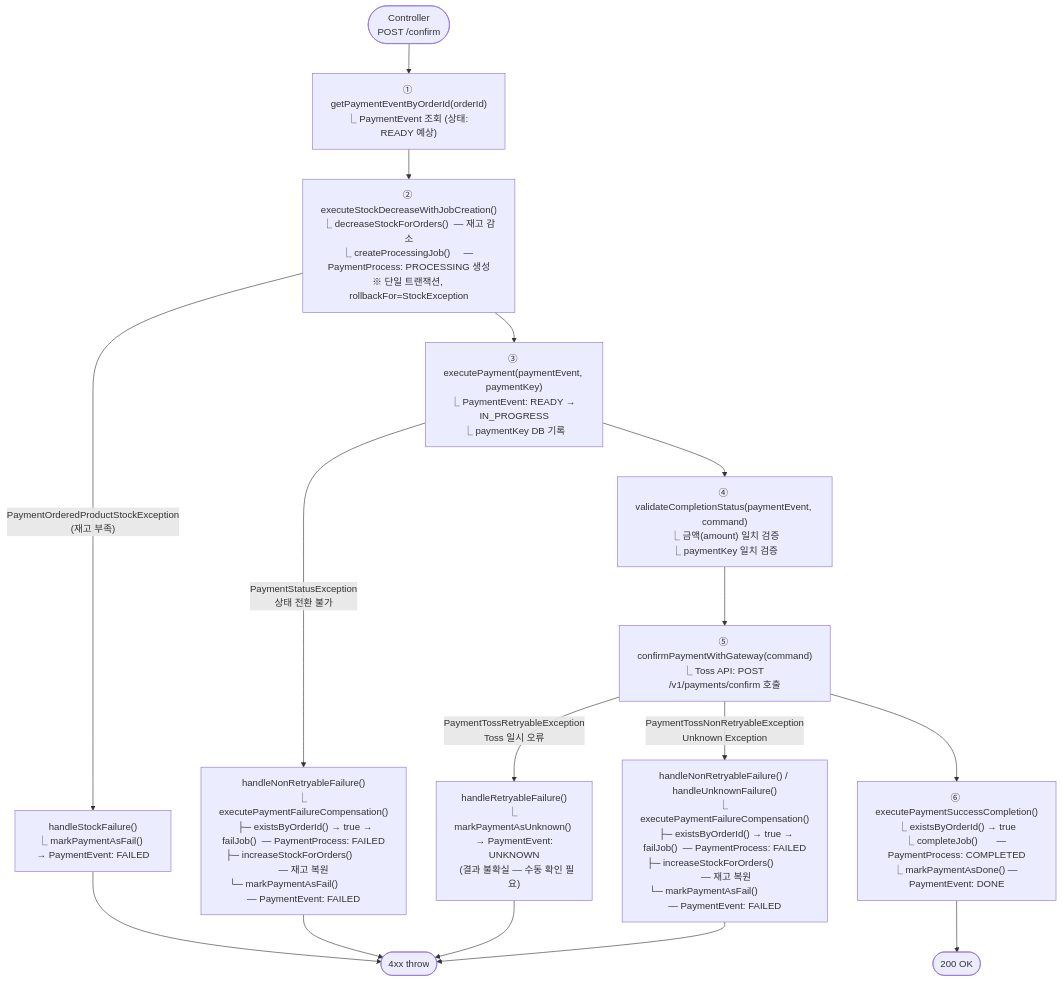
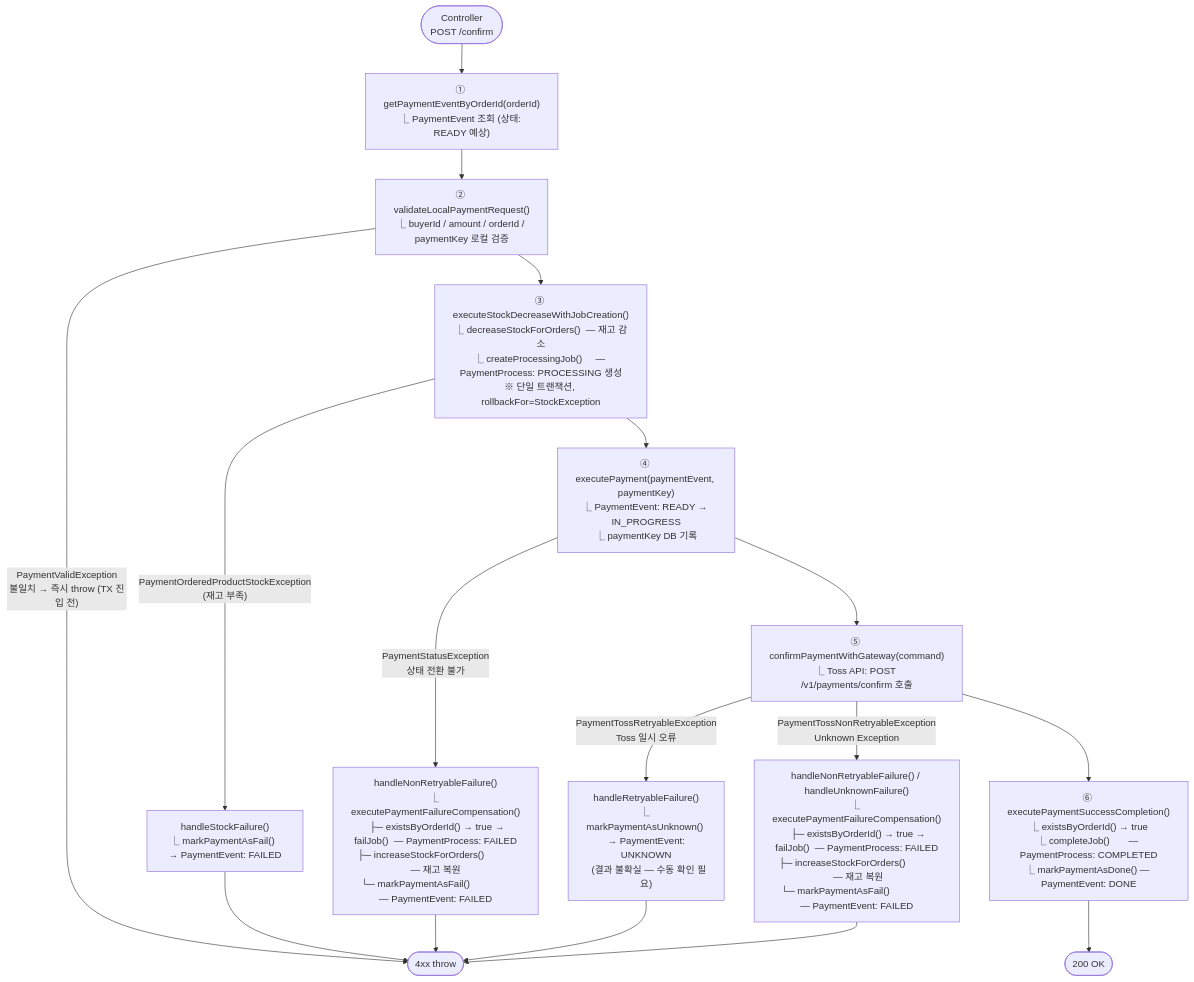
Before and after one commit to hyoguoo/payment-platform: the first of 6 diagrams in docs/context/CONFIRM-FLOW-FLOWCHART.md, drawn with Mermaid. The commit also changed other lines of this file and 3 other files, not shown here.

````diff
--- a/docs/context/CONFIRM-FLOW-FLOWCHART.md
+++ b/docs/context/CONFIRM-FLOW-FLOWCHART.md
@@ -59,35 +59,37 @@
 ```mermaid
 flowchart TD
     A([Controller\nPOST /confirm]) --> B
 
     B["① getPaymentEventByOrderId(orderId)\n⎿ PaymentEvent 조회 (상태: READY 예상)"]
-    B --> C
+    B --> LVAL
 
-    C["② executeStockDecreaseWithJobCreation()\n⎿ decreaseStockForOrders()  — 재고 감소\n⎿ createProcessingJob()     — PaymentProcess: PROCESSING 생성\n※ 단일 트랜잭션, rollbackFor=StockException"]
+    LVAL["② validateLocalPaymentRequest()\n⎿ buyerId / amount / orderId / paymentKey 로컬 검증"]
+    LVAL -->|"PaymentValidException\n불일치 → 즉시 throw (TX 진입 전)"| Z_FAIL([4xx throw])
+    LVAL --> C
+
+    C["③ executeStockDecreaseWithJobCreation()\n⎿ decreaseStockForOrders()  — 재고 감소\n⎿ createProcessingJob()     — PaymentProcess: PROCESSING 생성\n※ 단일 트랜잭션, rollbackFor=StockException"]
     C -->|"PaymentOrderedProductStockException\n(재고 부족)"| C_FAIL
     C_FAIL["handleStockFailure()\n⎿ markPaymentAsFail()  → PaymentEvent: FAILED"]
-    C_FAIL --> Z_FAIL([4xx throw])
+    C_FAIL --> Z_FAIL
 
     C --> D
-    D["③ executePayment(paymentEvent, paymentKey)\n⎿ PaymentEvent: READY → IN_PROGRESS\n⎿ paymentKey DB 기록"]
+    D["④ executePayment(paymentEvent, paymentKey)\n⎿ PaymentEvent: READY → IN_PROGRESS\n⎿ paymentKey DB 기록"]
     D -->|PaymentStatusException\n상태 전환 불가| D_FAIL
     D_FAIL["handleNonRetryableFailure()\n⎿ executePaymentFailureCompensation()\n  ├─ existsByOrderId() → true → failJob()  — PaymentProcess: FAILED\n  ├─ increaseStockForOrders()             — 재고 복원\n  └─ markPaymentAsFail()                 — PaymentEvent: FAILED"]
     D_FAIL --> Z_FAIL
 
-    D --> E
-    E["④ validateCompletionStatus(paymentEvent, command)\n⎿ 금액(amount) 일치 검증\n⎿ paymentKey 일치 검증"]
-    E --> F
+    D --> F
 
     F["⑤ confirmPaymentWithGateway(command)\n⎿ Toss API: POST /v1/payments/confirm 호출"]
     F -->|PaymentTossRetryableException\nToss 일시 오류| F_R
     F_R["handleRetryableFailure()\n⎿ markPaymentAsUnknown()  → PaymentEvent: UNKNOWN\n  (결과 불확실 — 수동 확인 필요)"]
     F_R --> Z_FAIL
 
     F -->|"PaymentTossNonRetryableException\nUnknown Exception"| F_NR
     F_NR["handleNonRetryableFailure() / handleUnknownFailure()\n⎿ executePaymentFailureCompensation()\n  ├─ existsByOrderId() → true → failJob()  — PaymentProcess: FAILED\n  ├─ increaseStockForOrders()              — 재고 복원\n  └─ markPaymentAsFail()                  — PaymentEvent: FAILED"]
     F_NR --> Z_FAIL
 
     F --> G
     G["⑥ executePaymentSuccessCompletion()\n⎿ existsByOrderId() → true\n⎿ completeJob()       — PaymentProcess: COMPLETED\n⎿ markPaymentAsDone() — PaymentEvent: DONE"]
     G --> H([200 OK])
 ```
````
